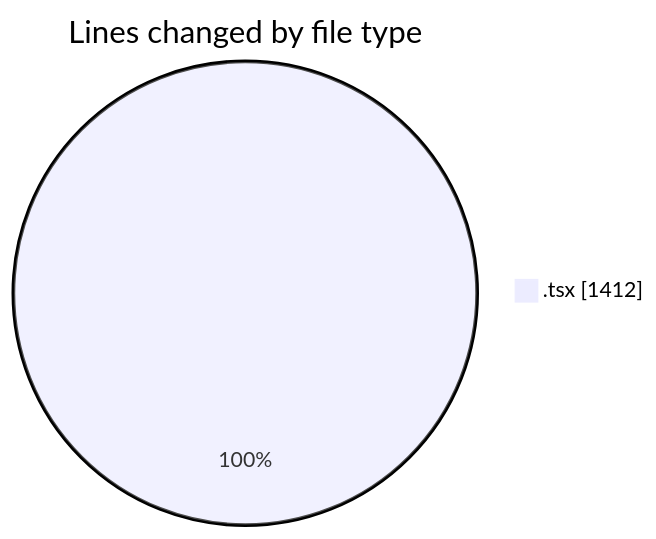
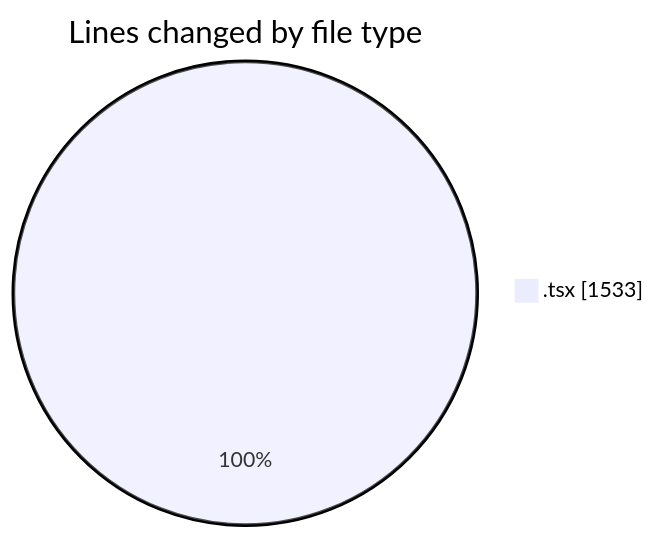
One commit to JenPaints/code-tracking changed the first of 2 diagrams in 2025-05-29/kimberly-groups/README.md. Above: the diagram before and after it, drawn with Mermaid. The commit also changed other lines of this file and 1 other file, not shown here.

````diff
--- a/2025-05-29/kimberly-groups/README.md
+++ b/2025-05-29/kimberly-groups/README.md
@@ -24,5 +24,5 @@
 ```mermaid
 pie showData
 title Lines changed by file type
-".tsx" : 1412
+".tsx" : 1533
 ```
````
